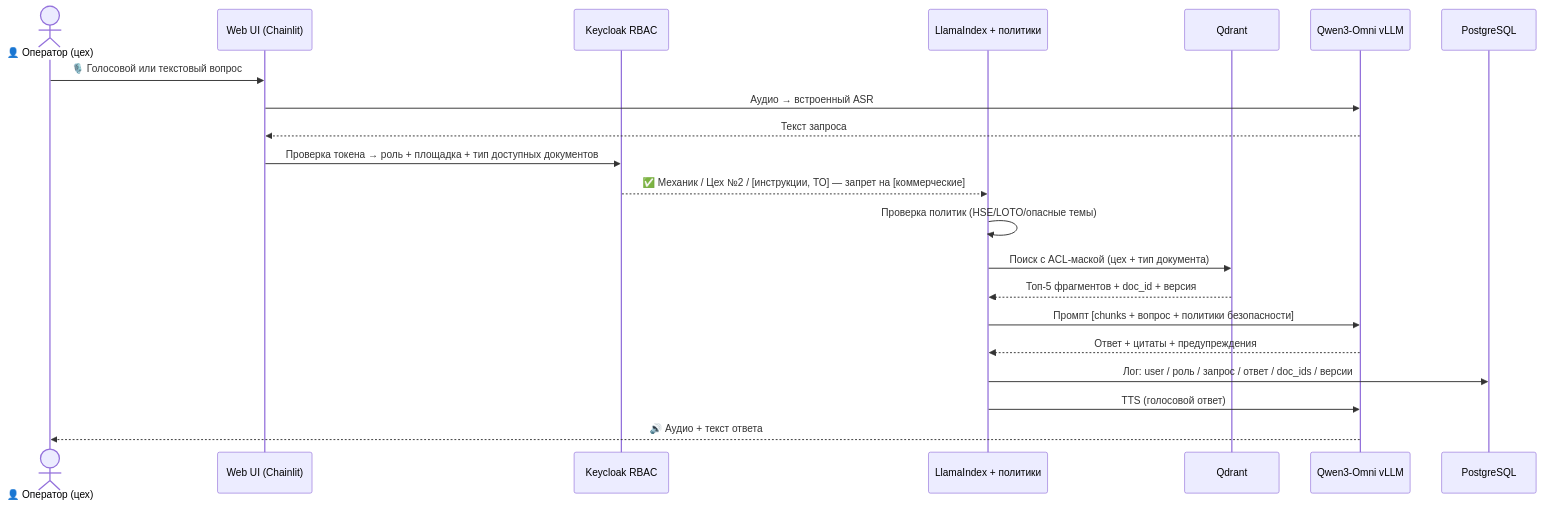
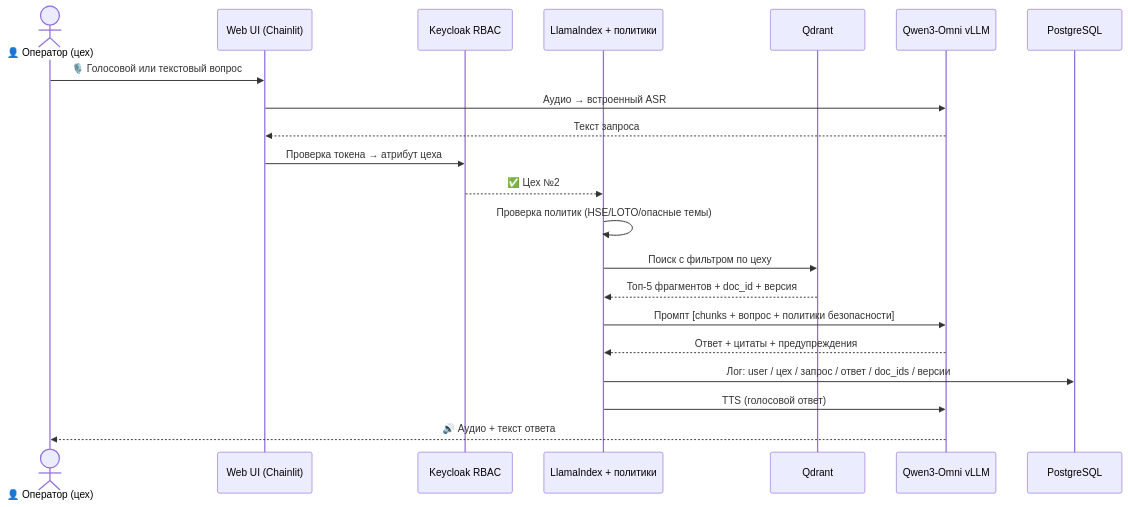
Before and after one commit to anatolyshipitsyn/gaz: the sixth of 10 diagrams in review.md, drawn with Mermaid. The commit also changed other lines of this file, not shown here.

````diff
--- a/review.md
+++ b/review.md
@@ -420,24 +415,24 @@
 ```mermaid
 sequenceDiagram
     actor User as 👤 Оператор (цех)
     participant UI as Web UI (Chainlit)
     participant KC as Keycloak RBAC
     participant ORCH as LlamaIndex + политики
     participant RAG as Qdrant
     participant OMNI as Qwen3-Omni vLLM
     participant DB as PostgreSQL
 
     User->>UI: 🎙️ Голосовой или текстовый вопрос
     UI->>OMNI: Аудио → встроенный ASR
     OMNI-->>UI: Текст запроса
-    UI->>KC: Проверка токена → роль + площадка + тип доступных документов
-    KC-->>ORCH: ✅ Механик / Цех №2 / [инструкции, ТО] — запрет на [коммерческие]
+    UI->>KC: Проверка токена → атрибут цеха
+    KC-->>ORCH: ✅ Цех №2
     ORCH->>ORCH: Проверка политик (HSE/LOTO/опасные темы)
-    ORCH->>RAG: Поиск с ACL-маской (цех + тип документа)
+    ORCH->>RAG: Поиск с фильтром по цеху
     RAG-->>ORCH: Топ-5 фрагментов + doc_id + версия
     ORCH->>OMNI: Промпт [chunks + вопрос + политики безопасности]
     OMNI-->>ORCH: Ответ + цитаты + предупреждения
-    ORCH->>DB: Лог: user / роль / запрос / ответ / doc_ids / версии
+    ORCH->>DB: Лог: user / цех / запрос / ответ / doc_ids / версии
     ORCH->>OMNI: TTS (голосовой ответ)
     OMNI-->>User: 🔊 Аудио + текст ответа
 ```
````
